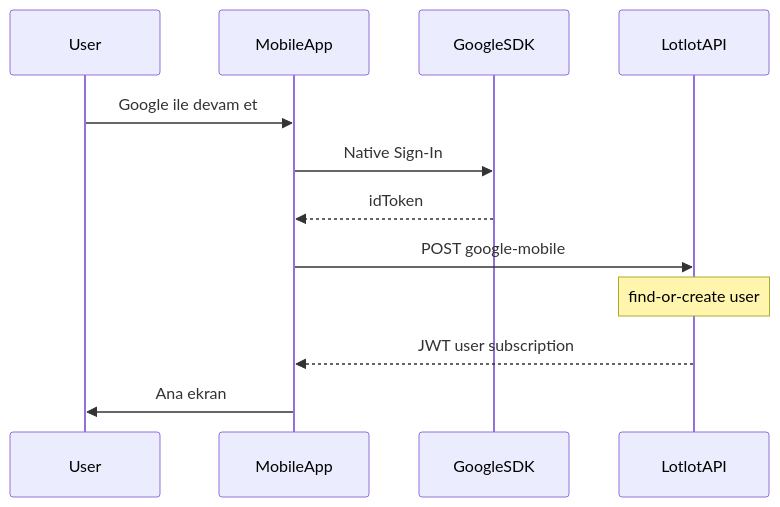
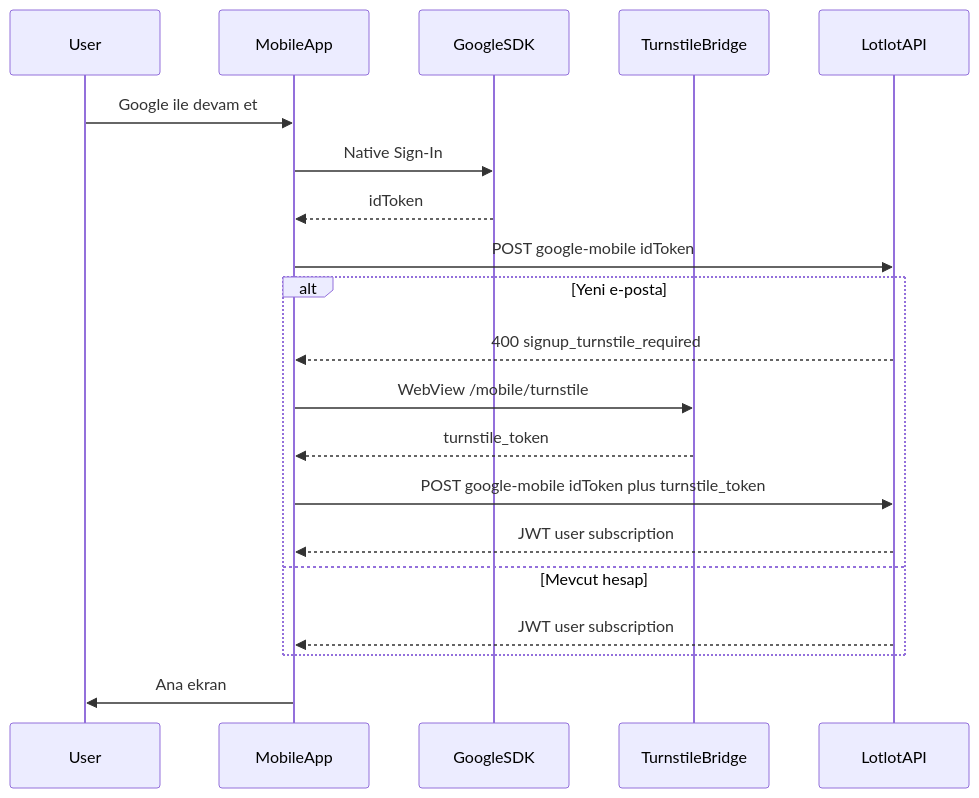
One commit to ersinarikan/bistmobile changed the seventh of 17 diagrams in docs/MOBILE_API_INTEGRATION_GUIDE.md. Above: the diagram before and after it, drawn with Mermaid. The commit also changed other lines of this file and 8 other files, not shown here.

First line of the commit message:
Require Turnstile on first Google signup and ship 1.0.0+86.

````diff
--- a/docs/MOBILE_API_INTEGRATION_GUIDE.md
+++ b/docs/MOBILE_API_INTEGRATION_GUIDE.md
@@ -793,15 +814,23 @@
 ```mermaid
 sequenceDiagram
   participant User
   participant App as MobileApp
   participant G as GoogleSDK
+  participant Bridge as TurnstileBridge
   participant API as LotlotAPI
 
   User->>App: Google ile devam et
   App->>G: Native Sign-In
   G-->>App: idToken
-  App->>API: POST google-mobile
-  Note over API: find-or-create user
-  API-->>App: JWT user subscription
+  App->>API: POST google-mobile idToken
+  alt Yeni e-posta
+    API-->>App: 400 signup_turnstile_required
+    App->>Bridge: WebView /mobile/turnstile
+    Bridge-->>App: turnstile_token
+    App->>API: POST google-mobile idToken plus turnstile_token
+    API-->>App: JWT user subscription
+  else Mevcut hesap
+    API-->>App: JWT user subscription
+  end
   App->>User: Ana ekran
 ```
````
